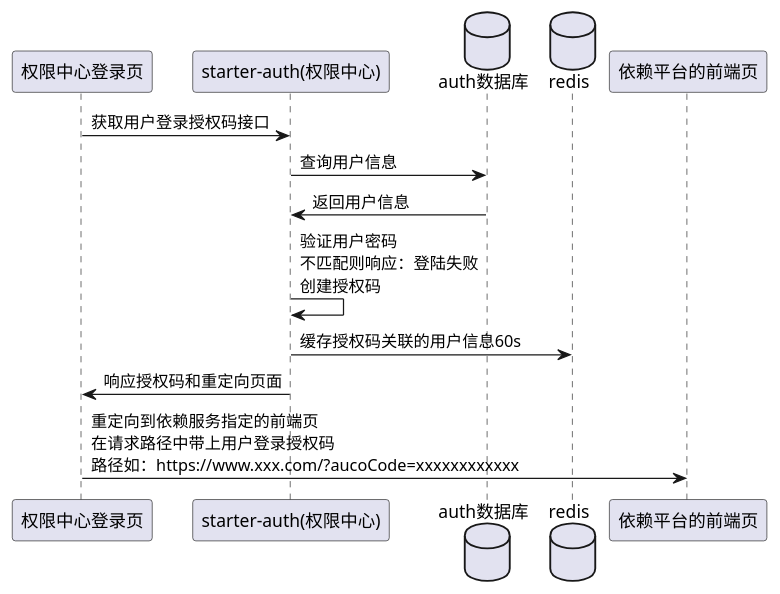
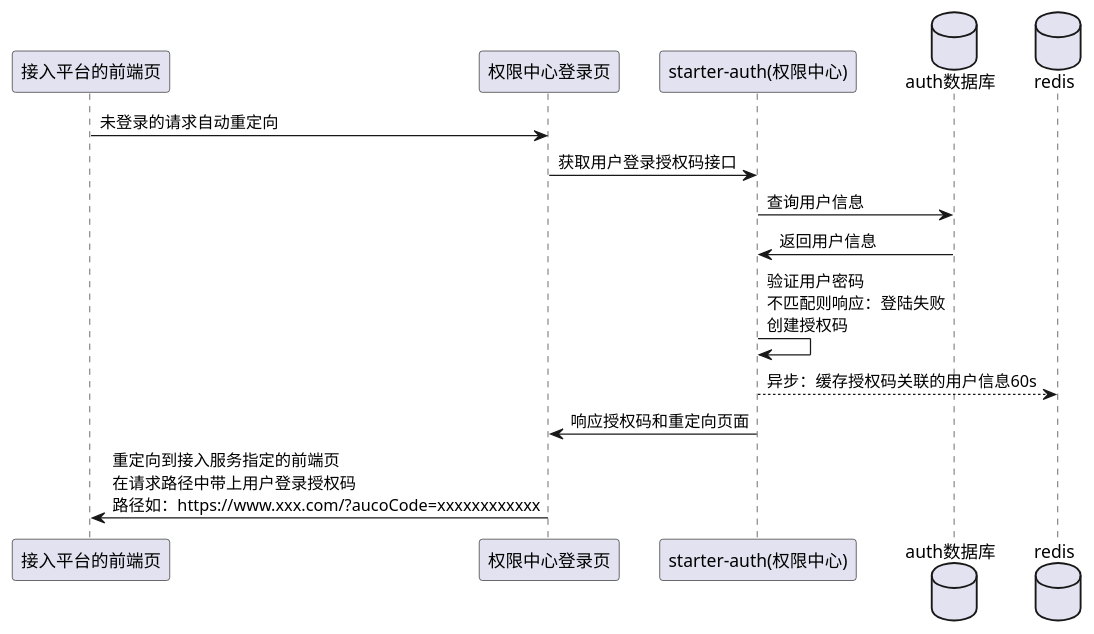
One commit to zhanjunjie2019/clover changed the diagram in starter-auth/docs/puml/user_authorization_code.puml. Above: the diagram before and after it, drawn with PlantUML. The commit also changed 5 other files, not shown here.

Commit message:
doc:更新时序图

```diff
--- a/starter-auth/docs/puml/user_authorization_code.puml
+++ b/starter-auth/docs/puml/user_authorization_code.puml
@@ -1,34 +1,37 @@
 @startuml
 
+participant "接入平台的前端页"
 participant "权限中心登录页"
 participant "starter-auth(权限中心)"
 database "auth数据库"
 database "redis"
-participant "依赖平台的前端页"
+
+"接入平台的前端页" -> "权限中心登录页" : \
+未登录的请求自动重定向
 
 "权限中心登录页" -> "starter-auth(权限中心)" : \
 获取用户登录授权码接口
 
 "starter-auth(权限中心)" -> "auth数据库" : \
 查询用户信息
 
 "starter-auth(权限中心)" <- "auth数据库" : \
 返回用户信息
 
 "starter-auth(权限中心)" -> "starter-auth(权限中心)" : \
 验证用户密码\n\
 不匹配则响应：登陆失败\n\
 创建授权码
 
-"starter-auth(权限中心)" -> "redis" : \
-缓存授权码关联的用户信息60s
+"starter-auth(权限中心)" --> "redis" : \
+异步：缓存授权码关联的用户信息60s
 
 "权限中心登录页" <- "starter-auth(权限中心)" : \
 响应授权码和重定向页面
 
-"权限中心登录页" -> "依赖平台的前端页" : \
-重定向到依赖服务指定的前端页\n\
+"接入平台的前端页" <- "权限中心登录页"   : \
+重定向到接入服务指定的前端页\n\
 在请求路径中带上用户登录授权码\n\
 路径如：https://www.xxx.com/?aucoCode=xxxxxxxxxxxx
 
 @enduml
```
